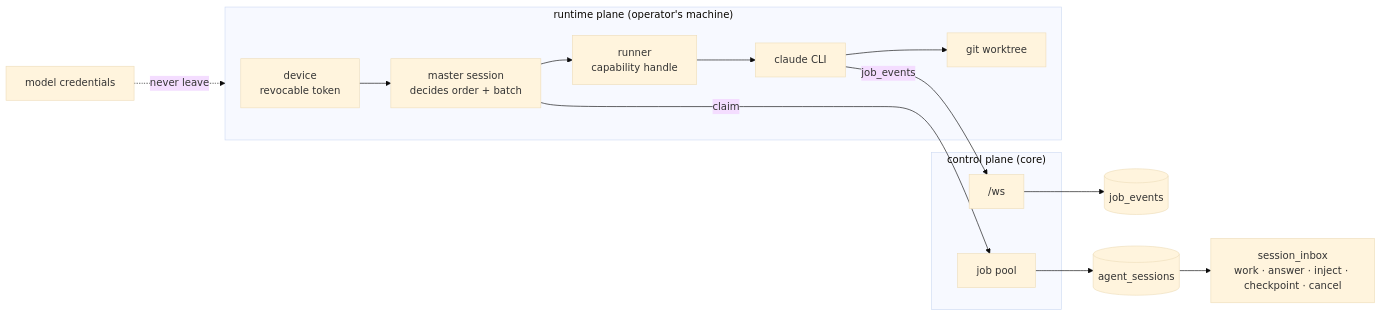
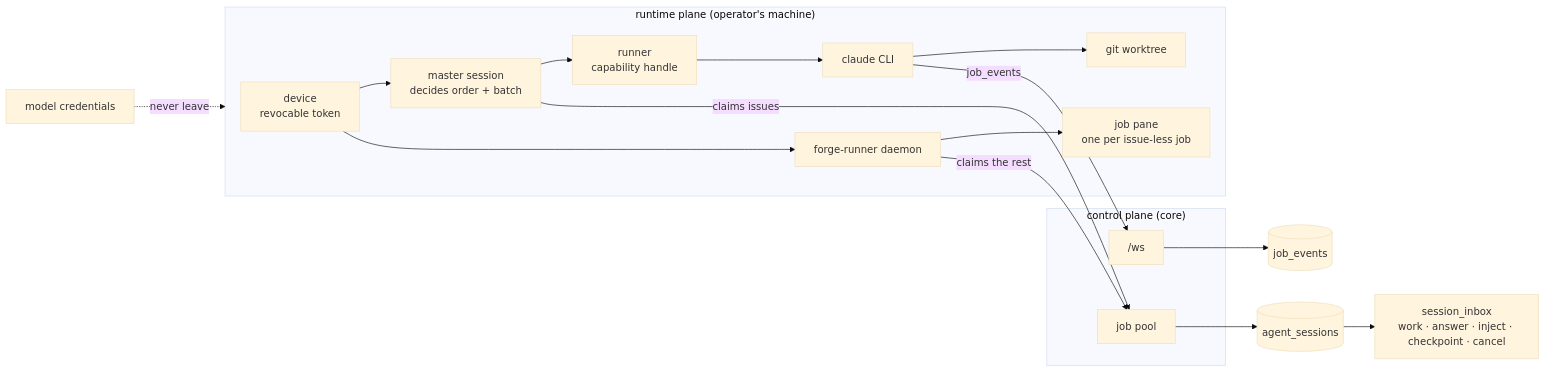
One commit to SidCorp-co/forge changed the diagram in docs/modules/agent-execution/README.md. Above: the diagram before and after it, drawn with Mermaid (base theme). The commit also changed other lines of this file and 4 other files, not shown here.

````diff
--- a/docs/modules/agent-execution/README.md
+++ b/docs/modules/agent-execution/README.md
@@ -6,17 +6,20 @@
 ```mermaid
 flowchart LR
   subgraph CP["control plane (core)"]
     POOL[job pool] ; WS["/ws"]
   end
   subgraph RT["runtime plane (operator's machine)"]
     DEV[device<br/>revocable token] --> MA[master session<br/>decides order + batch]
     MA --> RUN[runner<br/>capability handle]
     RUN --> CC[claude CLI]
     CC --> WT[git worktree]
+    DEV --> DAEMON[forge-runner daemon]
+    DAEMON --> JP[job pane<br/>one per issue-less job]
   end
-  MA -->|claim| POOL
+  MA -->|claims issues| POOL
+  DAEMON -->|claims the rest| POOL
   CC -->|job_events| WS --> EV[(job_events)]
   POOL --> SESS[(agent_sessions)]
   SESS --> INBOX[session_inbox<br/>work · answer · inject · checkpoint · cancel]
   CRED[model credentials] -.never leave.-> RT
 ```
````
